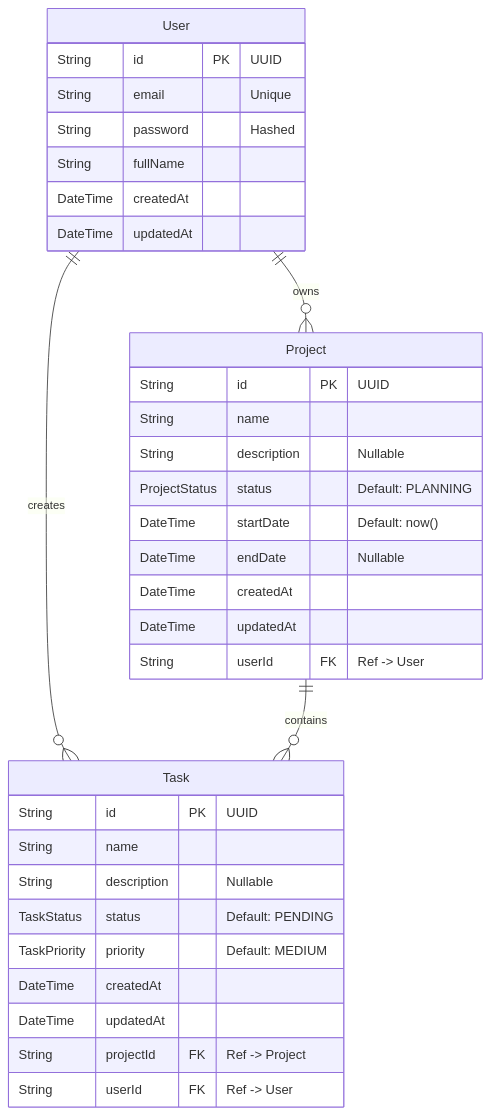
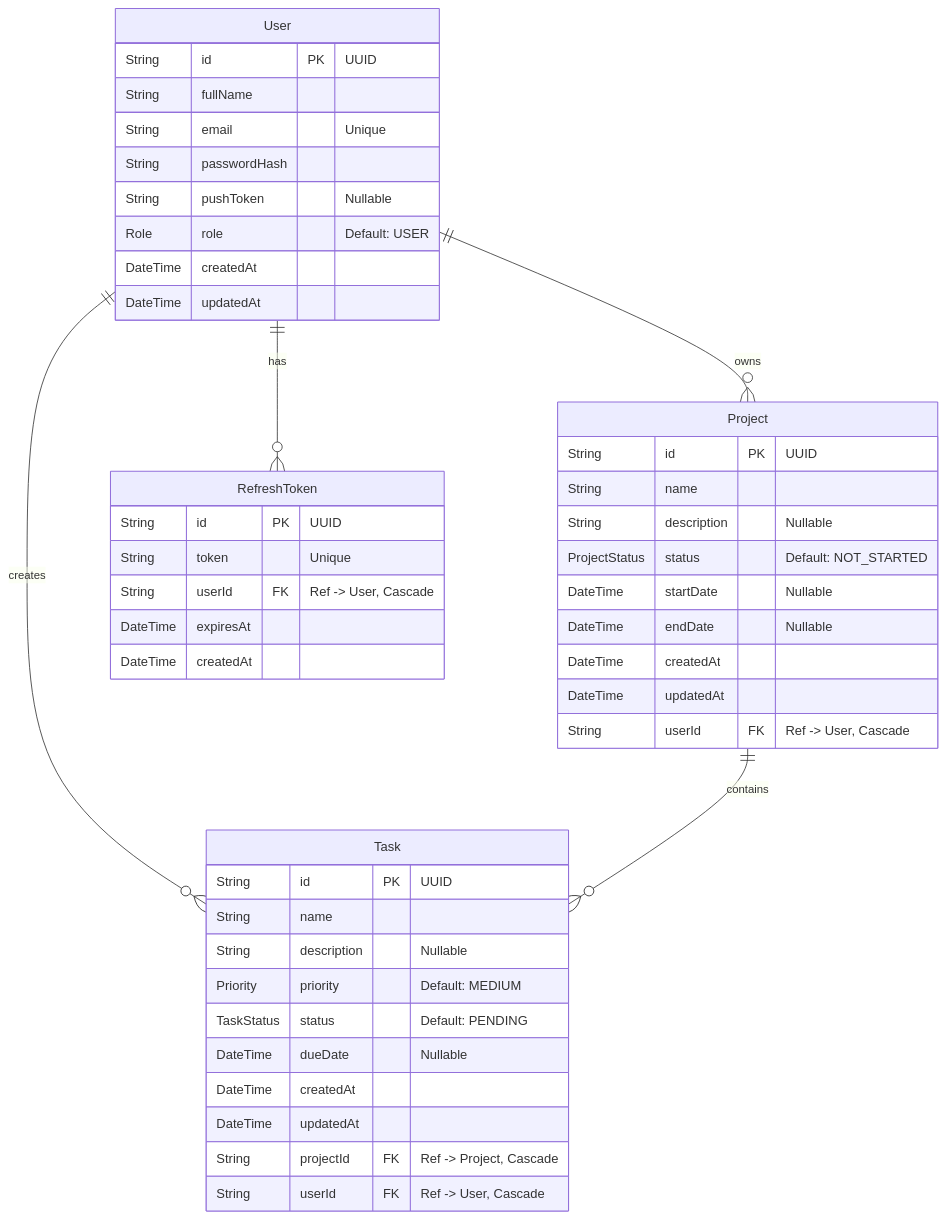
One commit to jayagrawal-petabyte/Planora changed the diagram in SCHEMA.md. Above: the diagram before and after it, drawn with Mermaid. The commit also changed other lines of this file and 2 other files, not shown here.

Commit message:
docs: accurately reflect final implemented project architecture and features

````diff
--- a/SCHEMA.md
+++ b/SCHEMA.md
@@ -7,39 +7,51 @@
 ```mermaid
 erDiagram
     User ||--o{ Project : owns
     User ||--o{ Task : creates
+    User ||--o{ RefreshToken : has
     Project ||--o{ Task : contains
 
     User {
         String id PK "UUID"
+        String fullName
         String email "Unique"
-        String password "Hashed"
-        String fullName
+        String passwordHash
+        String pushToken "Nullable"
+        Role role "Default: USER"
         DateTime createdAt
         DateTime updatedAt
+    }
+    
+    RefreshToken {
+        String id PK "UUID"
+        String token "Unique"
+        String userId FK "Ref -> User, Cascade"
+        DateTime expiresAt
+        DateTime createdAt
     }
 
     Project {
         String id PK "UUID"
         String name
         String description "Nullable"
-        ProjectStatus status "Default: PLANNING"
-        DateTime startDate "Default: now()"
+        ProjectStatus status "Default: NOT_STARTED"
+        DateTime startDate "Nullable"
         DateTime endDate "Nullable"
         DateTime createdAt
         DateTime updatedAt
-        String userId FK "Ref -> User"
+        String userId FK "Ref -> User, Cascade"
     }
 
     Task {
         String id PK "UUID"
         String name
         String description "Nullable"
+        Priority priority "Default: MEDIUM"
         TaskStatus status "Default: PENDING"
-        TaskPriority priority "Default: MEDIUM"
+        DateTime dueDate "Nullable"
         DateTime createdAt
         DateTime updatedAt
-        String projectId FK "Ref -> Project"
-        String userId FK "Ref -> User"
+        String projectId FK "Ref -> Project, Cascade"
+        String userId FK "Ref -> User, Cascade"
     }
 ```
````
